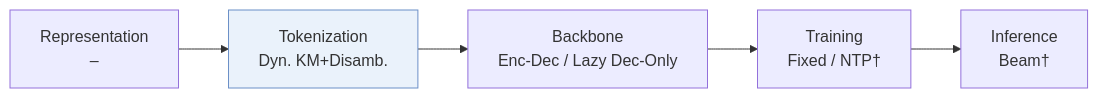
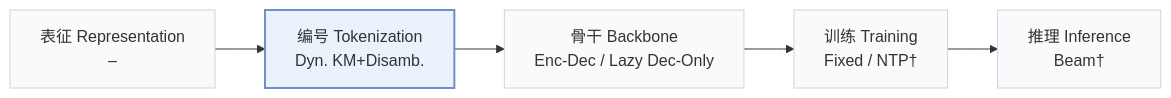
One commit to Galaxy-ghost/Awesome-SID-Generative-Rec changed the first of 2 diagrams in pages/zh/papers/dynamic-single-codebook.md. Above: the diagram before and after it, drawn with Mermaid. The commit also changed other lines of this file and 649 other files, not shown here.

Commit message:
writer-05: also tags and modality index (schema, check, build, visuals); summary field removed; calibration data for 12 papers

````diff
--- a/pages/zh/papers/dynamic-single-codebook.md
+++ b/pages/zh/papers/dynamic-single-codebook.md
@@ -13,6 +15,8 @@
 ```mermaid
 flowchart LR
-    R["Representation<br/>–"] --> T["Tokenization<br/>Dyn. KM+Disamb."] --> B["Backbone<br/>Enc-Dec / Lazy Dec-Only"] --> TR["Training<br/>Fixed / NTP†"] --> I["Inference<br/>Beam†"]
-    classDef main fill:#eaf2fb,stroke:#6b8fc7
+    R["表征 Representation<br/>–"] --> T["编号 Tokenization<br/>Dyn. KM+Disamb."] --> B["骨干 Backbone<br/>Enc-Dec / Lazy Dec-Only"] --> TR["训练 Training<br/>Fixed / NTP†"] --> I["推理 Inference<br/>Beam†"]
+    classDef base fill:#f8fafc,stroke:#cbd5e1
+    class R,T,B,TR,I base
+    classDef main fill:#eaf2fb,stroke:#6b8fc7,stroke-width:2px
     class T main
 ```
````
